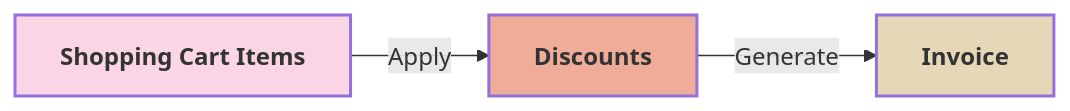
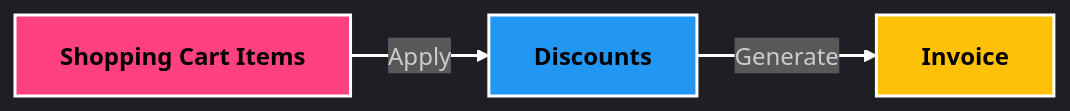
Before and after one commit to rafadc/cash_register: the diagram in README.md, drawn with Mermaid.

Commit message:
Improving the contrast of the diagram

````diff
--- a/README.md
+++ b/README.md
@@ -8,8 +8,10 @@
 ```mermaid
+%%{init: {'theme': 'dark', 'themeVariables': { 'darkMode': true }}}%%
 graph LR
     A[<b>Shopping Cart Items</b>] -->|Apply| B[<b>Discounts</b>]
     B -->|Generate| C[<b>Invoice</b>]
-    style A fill:#f9d5e5,stroke-width:2px
-    style B fill:#eeac99,stroke-width:2px
-    style C fill:#e6d7b9,stroke-width:2px
+    style A fill:#FF4081,stroke:#FFF,stroke-width:2px,color:#000000
+    style B fill:#2196F3,stroke:#FFF,stroke-width:2px,color:#000000
+    style C fill:#FFC107,stroke:#FFF,stroke-width:2px,color:#000000
+    linkStyle 0,1 stroke:#FFF,stroke-width:2px
 ```
````
